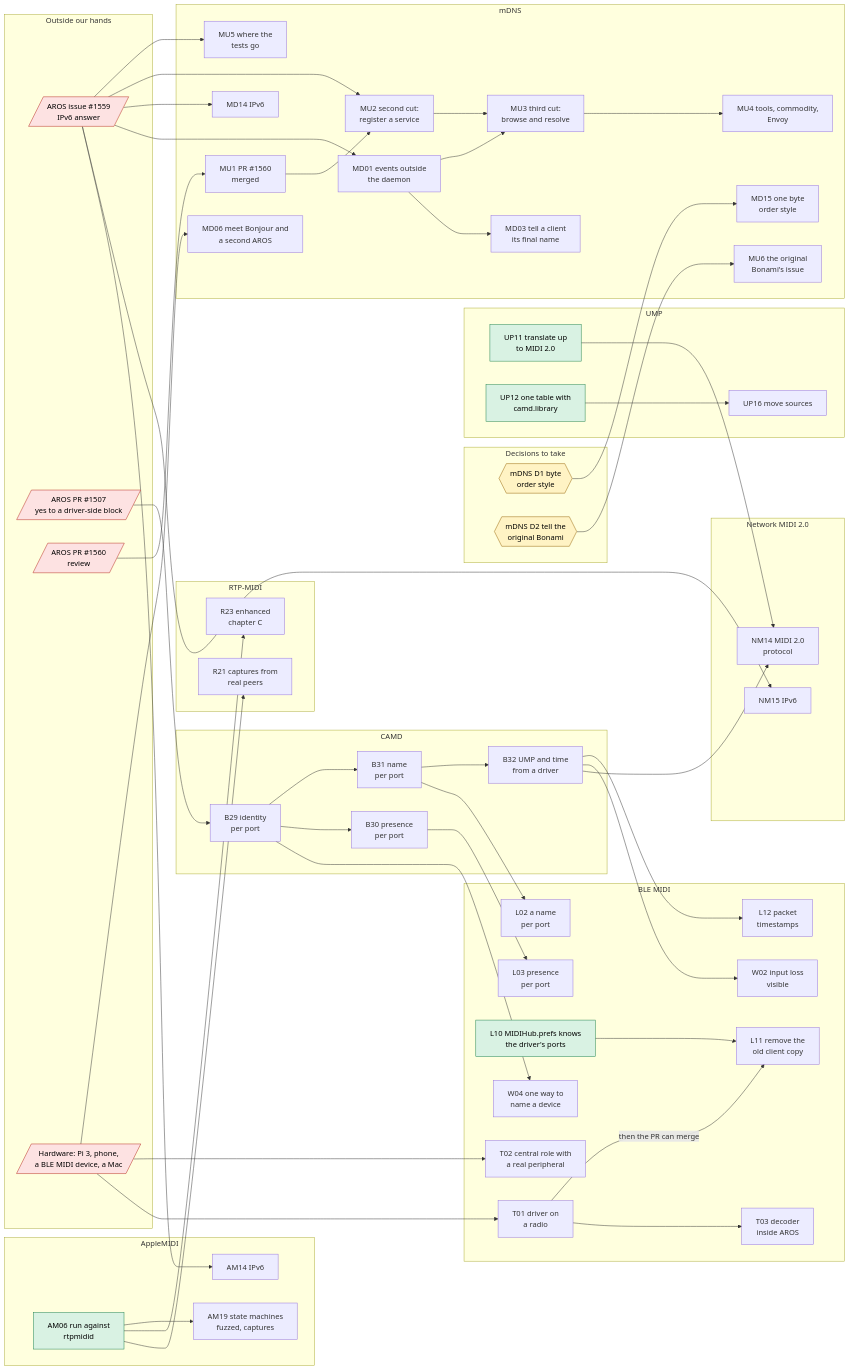
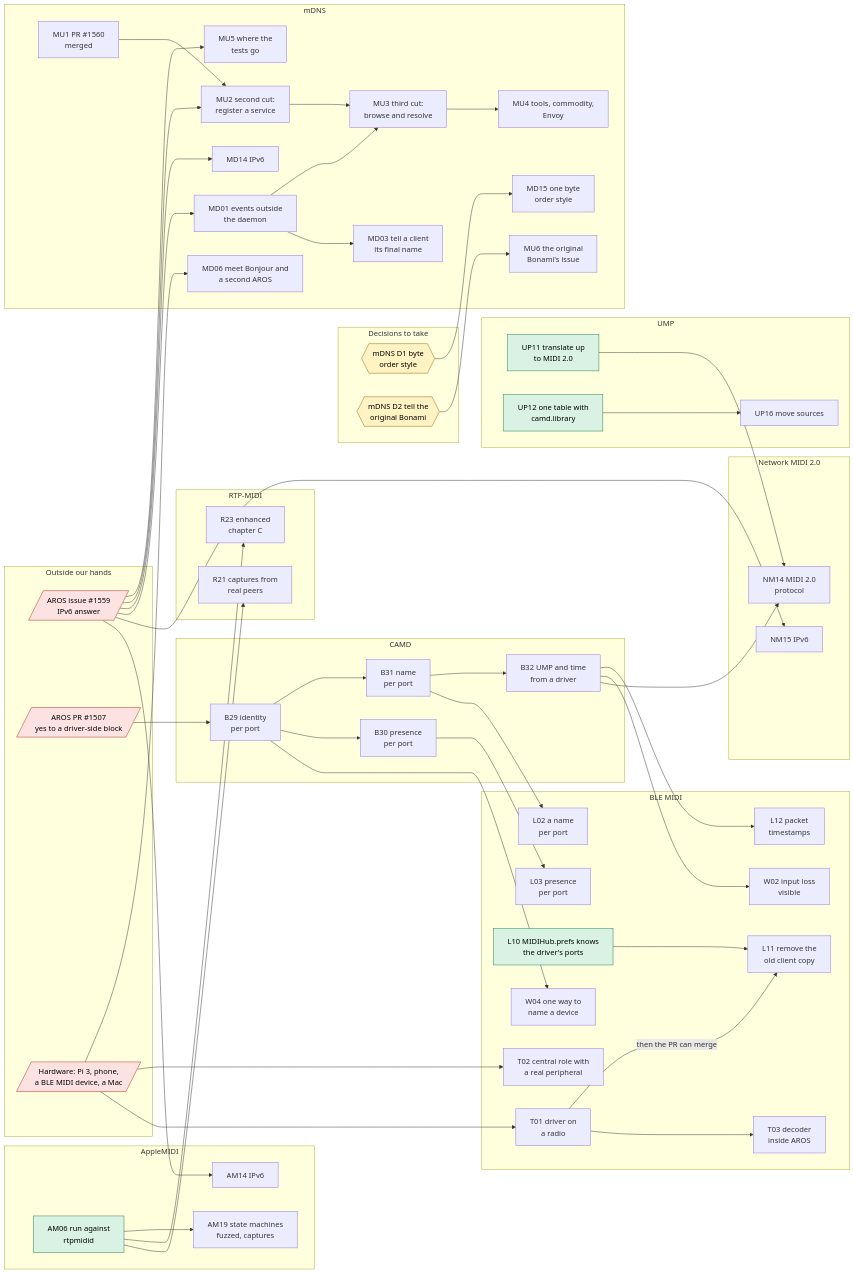
The diagram in docs/backlog-dependencies.md (JJDSNT/aros-midihub), drawn with Mermaid before and after one commit. The commit also changed other lines of this file and 3 other files, not shown here.

```diff
--- a/docs/backlog-dependencies.md
+++ b/docs/backlog-dependencies.md
@@ -27,7 +27,6 @@
     subgraph OUT[Outside our hands]
         I1559[/"AROS issue #1559<br/>IPv6 answer"/]:::outside
         P1507[/"AROS PR #1507<br/>yes to a driver-side block"/]:::outside
-        P1560[/"AROS PR #1560<br/>review"/]:::outside
         HW[/"Hardware: Pi 3, phone,<br/>a BLE MIDI device, a Mac"/]:::outside
     end
 
@@ -124,7 +123,6 @@
     MD01 --> MU3
     MDD1 --> MD15
     MDD2 --> MU6
-    P1560 --> MU1
     MU1 --> MU2
     MU2 --> MU3
     MU3 --> MU4
```
